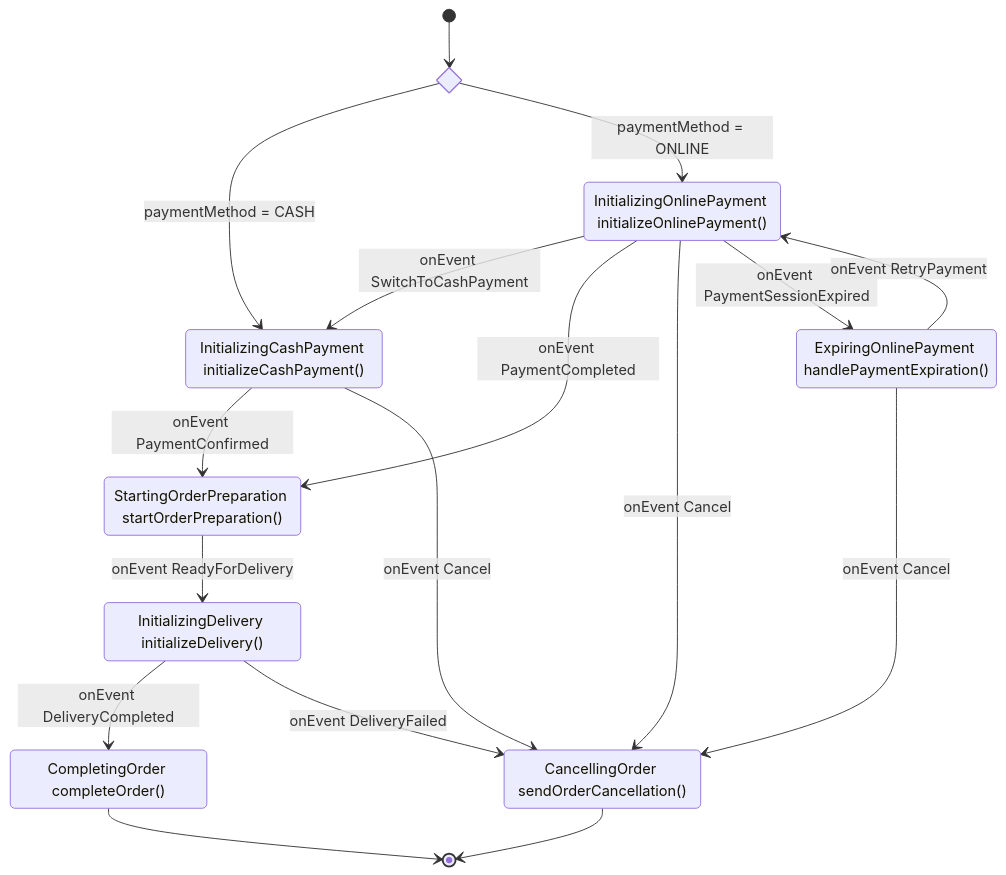
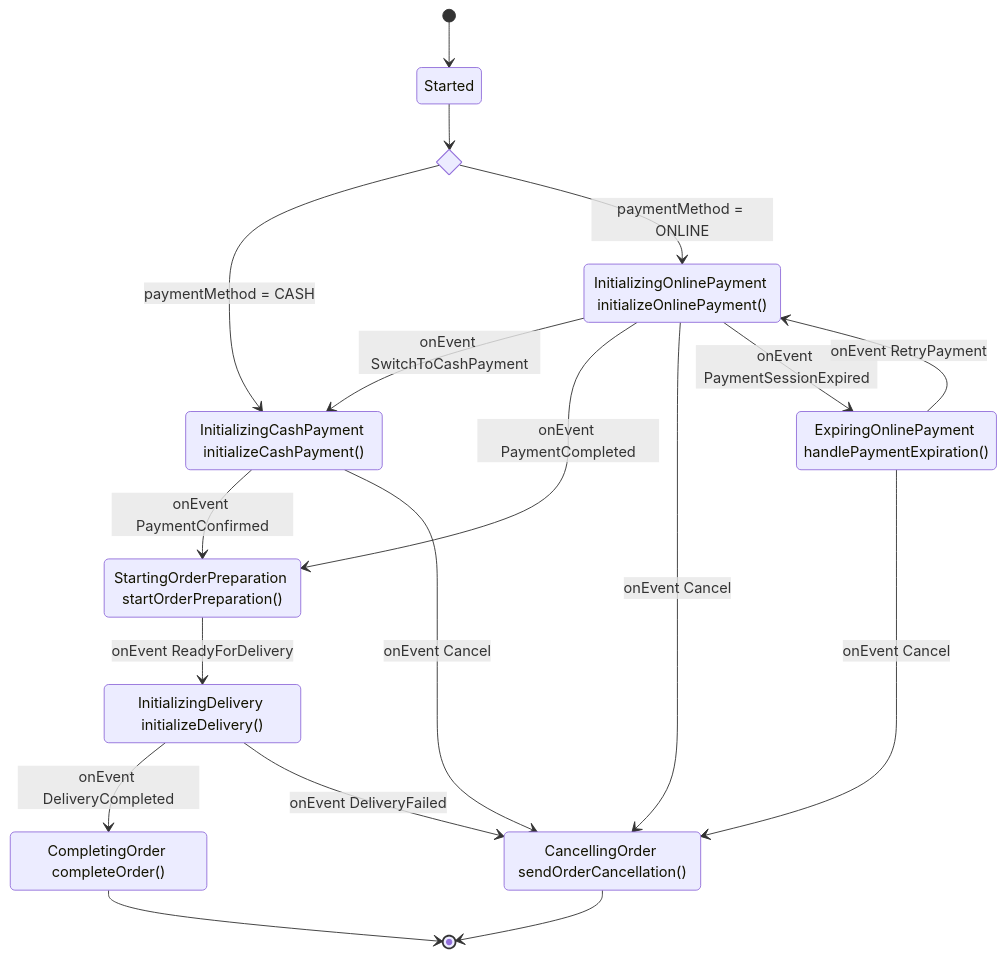
One commit to marcingurbisz/flowlite changed the second of 2 diagrams in README.md. Above: the diagram before and after it, drawn with Mermaid. The commit also changed 1 other file, not shown here.

Commit message:
stage naming refactoring

````diff
--- a/README.md
+++ b/README.md
@@ -120,30 +120,31 @@
 ```mermaid
 stateDiagram-v2
     state if_payment_method <<choice>>
     
-    [*] --> if_payment_method
+    [*] --> Started
+    Started --> if_payment_method
     CancellingOrder --> [*]
     if_payment_method --> InitializingCashPayment: paymentMethod = CASH
     if_payment_method --> InitializingOnlinePayment: paymentMethod = ONLINE
     InitializingCashPayment: InitializingCashPayment initializeCashPayment()
     InitializingCashPayment --> StartingOrderPreparation: onEvent PaymentConfirmed
     InitializingCashPayment --> CancellingOrder: onEvent Cancel
     InitializingOnlinePayment: InitializingOnlinePayment initializeOnlinePayment()
     InitializingOnlinePayment --> InitializingCashPayment: onEvent SwitchToCashPayment
     InitializingOnlinePayment --> StartingOrderPreparation: onEvent PaymentCompleted
     InitializingOnlinePayment --> CancellingOrder: onEvent Cancel 
     InitializingOnlinePayment --> ExpiringOnlinePayment: onEvent PaymentSessionExpired
     ExpiringOnlinePayment: ExpiringOnlinePayment handlePaymentExpiration()
     ExpiringOnlinePayment --> InitializingOnlinePayment: onEvent RetryPayment
     ExpiringOnlinePayment --> CancellingOrder: onEvent Cancel
     StartingOrderPreparation: StartingOrderPreparation startOrderPreparation()
     StartingOrderPreparation --> InitializingDelivery: onEvent ReadyForDelivery
      
     InitializingDelivery: InitializingDelivery initializeDelivery()
     InitializingDelivery --> CompletingOrder: onEvent DeliveryCompleted
     InitializingDelivery --> CancellingOrder: onEvent DeliveryFailed
     
     CompletingOrder: CompletingOrder completeOrder()
     CancellingOrder: CancellingOrder sendOrderCancellation()
     CompletingOrder --> [*]
 ```
````
